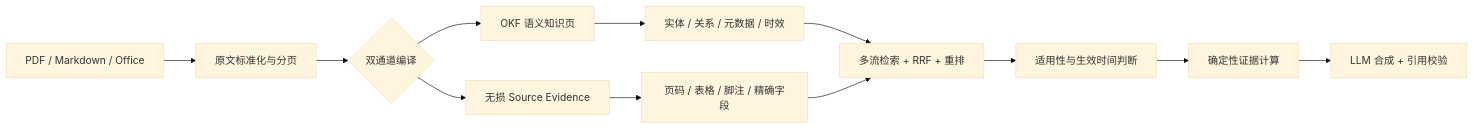
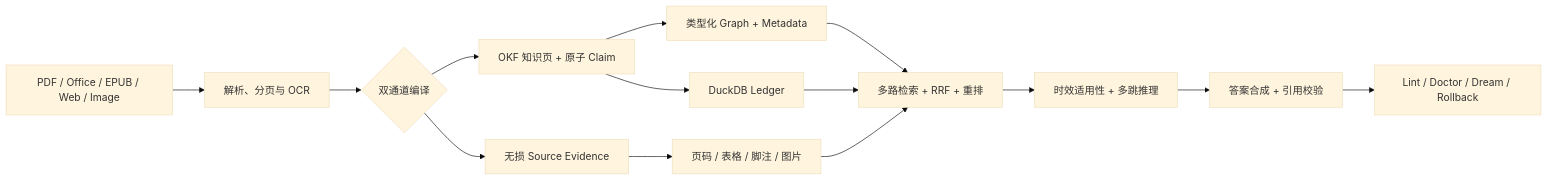
Before and after one commit to lgwanai/llm-wiki-skill: the diagram in docs/BENCHMARK.md, drawn with Mermaid (base theme). The commit also changed other lines of this file and 6 other files, not shown here.

````diff
--- a/docs/BENCHMARK.md
+++ b/docs/BENCHMARK.md
@@ -69,14 +119,16 @@
 ```mermaid
 flowchart LR
-    A[PDF / Markdown / Office] --> B[原文标准化与分页]
+    A[PDF / Office / EPUB / Web / Image] --> B[解析、分页与 OCR]
     B --> C{双通道编译}
-    C --> D[OKF 语义知识页]
+    C --> D[OKF 知识页 + 原子 Claim]
     C --> E[无损 Source Evidence]
-    D --> F[实体 / 关系 / 元数据 / 时效]
-    E --> G[页码 / 表格 / 脚注 / 精确字段]
-    F --> H[多流检索 + RRF + 重排]
-    G --> H
-    H --> I[适用性与生效时间判断]
-    I --> J[确定性证据计算]
-    J --> K[LLM 合成 + 引用校验]
+    D --> F[类型化 Graph + Metadata]
+    D --> G[DuckDB Ledger]
+    E --> H[页码 / 表格 / 脚注 / 图片]
+    F --> I[多路检索 + RRF + 重排]
+    G --> I
+    H --> I
+    I --> J[时效适用性 + 多跳推理]
+    J --> K[答案合成 + 引用校验]
+    K --> L[Lint / Doctor / Dream / Rollback]
 ```
````
